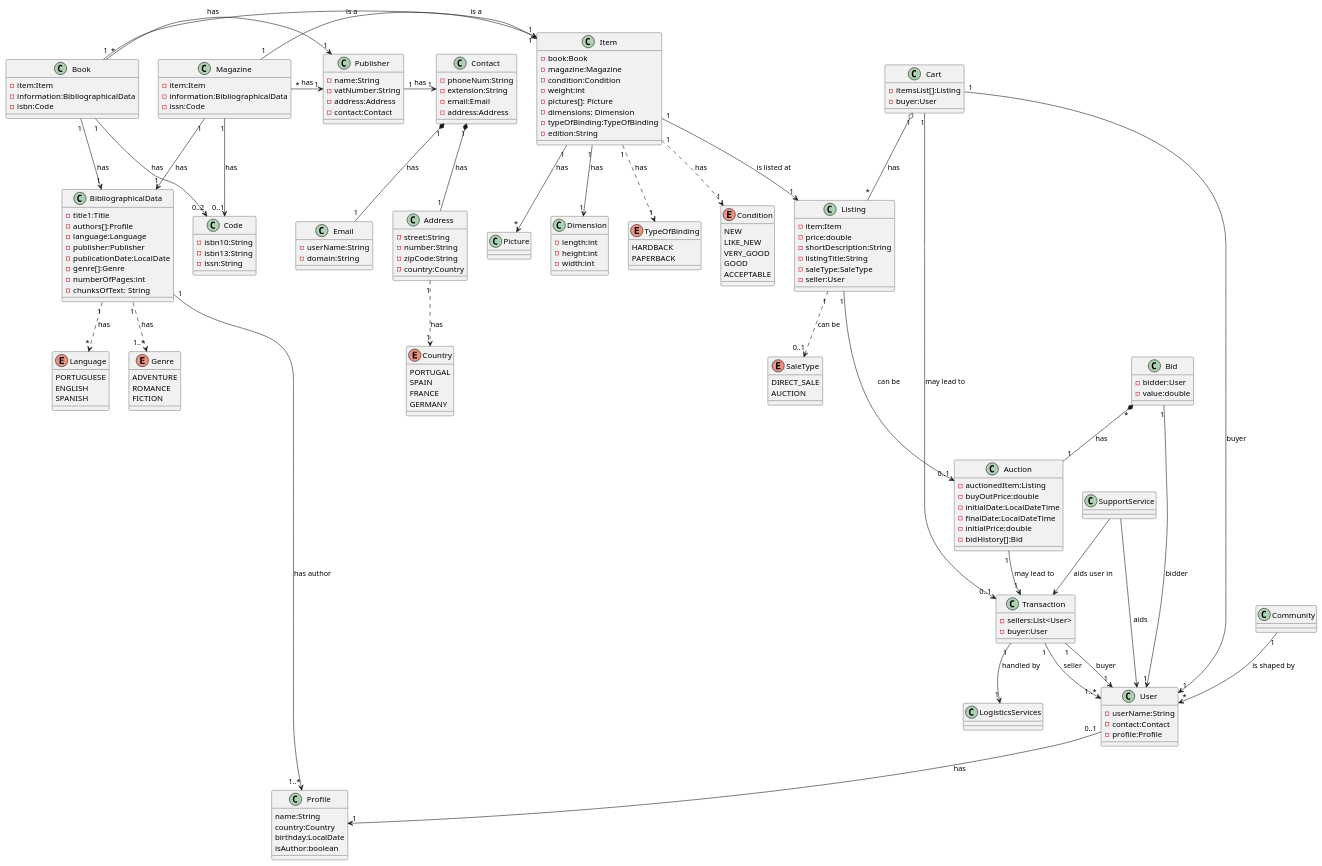
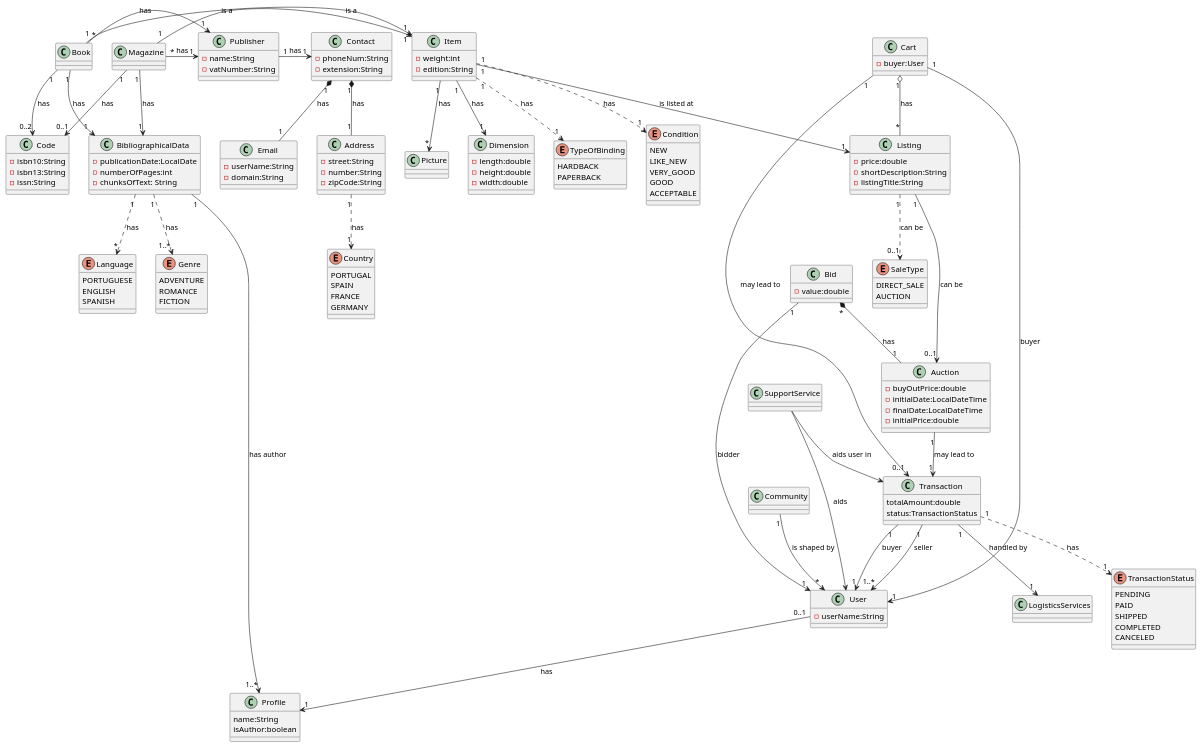
Before and after one commit to davidmarqq/MainProject_SWitCH: the diagram in DomainModel/DOO.puml, drawn with PlantUML. The commit also changed 2 other files, not shown here.

Commit message:
diagram fixes

```diff
--- a/DomainModel/DOO.puml
+++ b/DomainModel/DOO.puml
@@ -42,6 +42,7 @@
 Transaction "1" --> "1..*" User : seller
 Transaction "  1" --> "  1" User : buyer
 Transaction "1" --> "1" LogisticsServices : handled by
+Transaction "1" ..> "1" TransactionStatus : has
 
 Auction "1" --> "1" Transaction : may lead to
 
@@ -72,90 +73,61 @@
 
 
 class Book {
-    - item:Item
-    - information:BibliographicalData
-    - isbn:Code
 }
 
 class Magazine {
-    - item:Item
-    - information:BibliographicalData
-    - issn:Code
 }
 
 class User {
     - userName:String
-    - contact:Contact
-    - profile:Profile
 }
 
 class Profile {
     name:String
-    country:Country
-    birthday:LocalDate
     isAuthor:boolean
 }
 
 
 class Item {
-    - book:Book
-    - magazine:Magazine
-    - condition:Condition
     - weight:int
-    - pictures[]: Picture
-    - dimensions: Dimension
-    - typeOfBinding:TypeOfBinding
     - edition:String
 
 }
 
 class BibliographicalData {
-    - title1:Title
-    - authors[]:Profile
-    - language:Language
-    - publisher:Publisher
     - publicationDate:LocalDate
-    - genre[]:Genre
     - numberOfPages:int
     - chunksOfText: String
 }
 
 class Listing {
-    - item:Item
     - price:double
     - shortDescription:String
     - listingTitle:String
-    - saleType:SaleType
-    - seller:User
 }
 
 
-
 class Cart {
-    - itemsList[]:Listing
     - buyer:User
 }
 
 
 class Auction {
-    - auctionedItem:Listing
     - buyOutPrice:double
     - initialDate:LocalDateTime
     - finalDate:LocalDateTime
     - initialPrice:double
-    - bidHistory[]:Bid
     
     /' currentBidder:User... sim ou não????'/
 }
 
 class Bid {
-    - bidder:User
     - value:double
 }
 
 class Transaction {
-    - sellers:List<User>
-    - buyer:User
+    totalAmount:double
+    status:TransactionStatus
 }
 
 
@@ -169,9 +141,9 @@
 }
 
 class Dimension {
-    - length:int
-    - height:int
-    - width:int
+    - length:double
+    - height:double
+    - width:double
 }
 
 enum Language {
@@ -189,15 +161,12 @@
 class Publisher {
     - name:String
     - vatNumber:String
-    - address:Address
-    - contact:Contact
 }
 
 class Address {
     - street:String
     - number:String
     - zipCode:String
-    - country:Country
 }
 
 enum Country {
@@ -210,8 +179,6 @@
 class Contact {
     - phoneNum:String
     - extension:String
-    - email:Email /'review'/
-    - address:Address
 }
 
 class Email {
@@ -244,5 +211,13 @@
     ACCEPTABLE
 }
 
+enum TransactionStatus {
+    PENDING
+    PAID
+    SHIPPED
+    COMPLETED
+    CANCELED
+}
+
 
 @enduml
```
